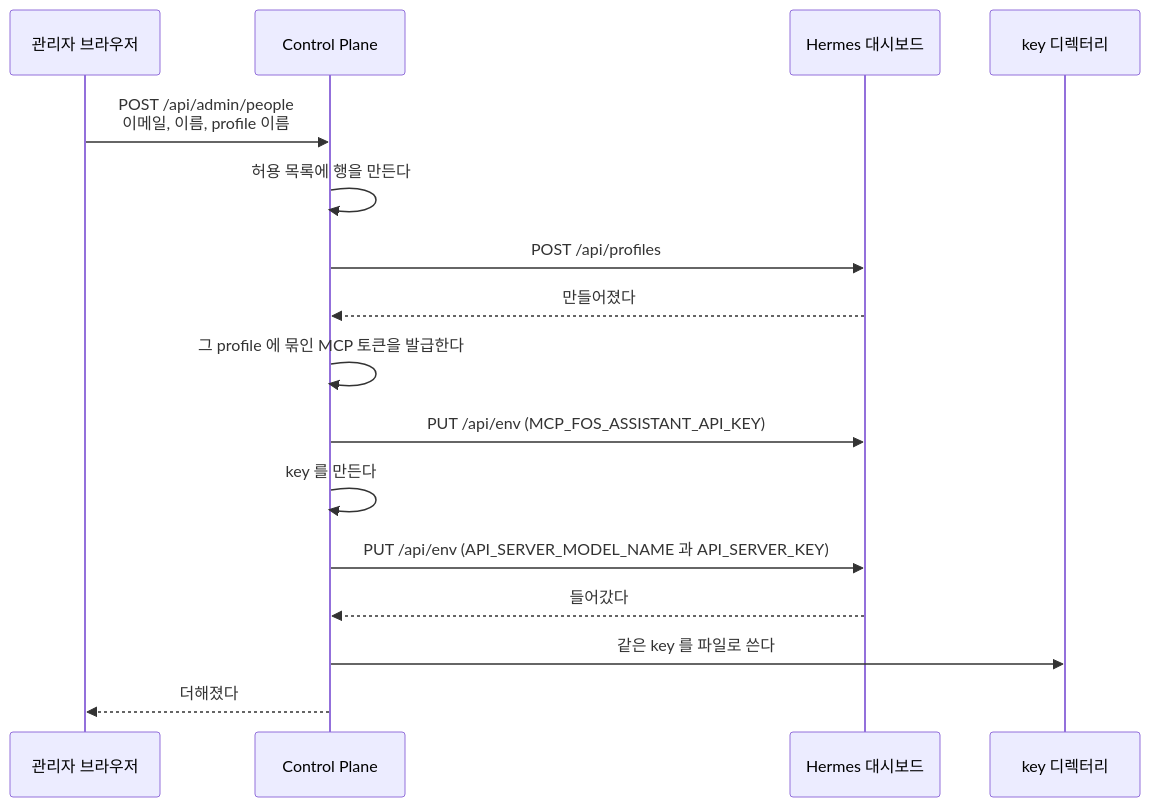
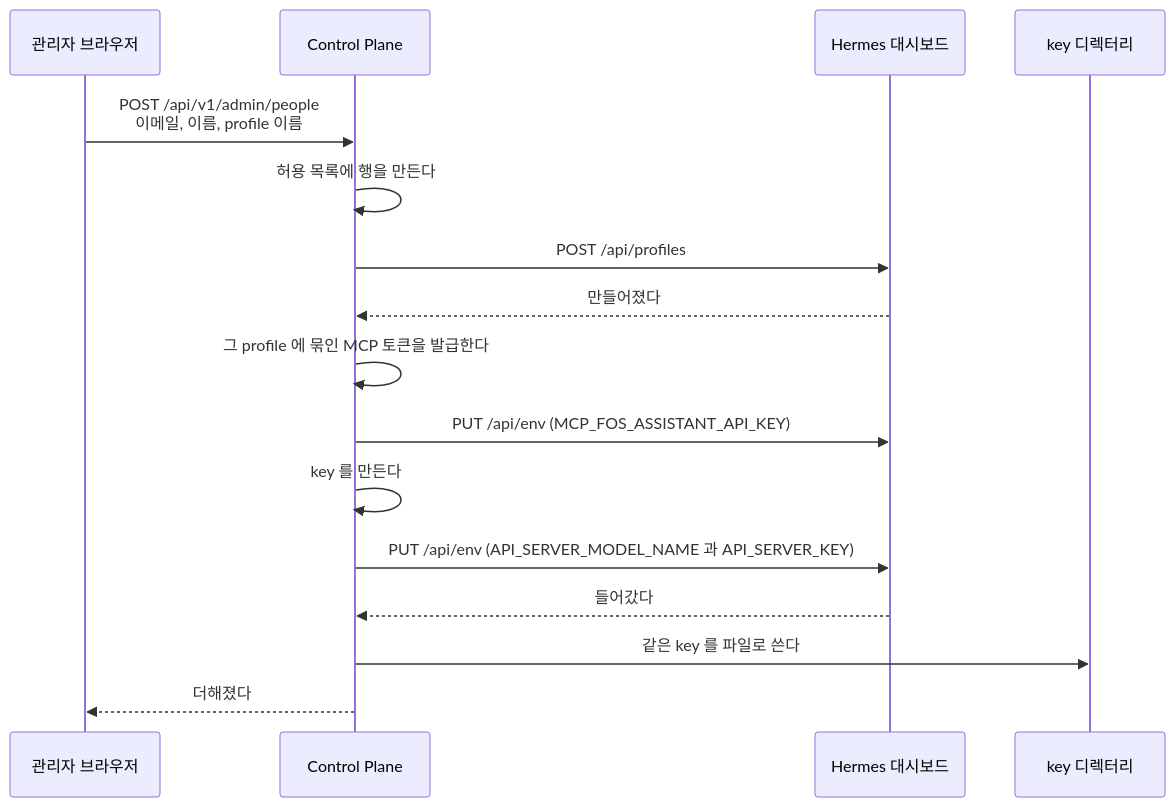
The first of 2 diagrams in docs/backend/people.md (jon890/fos-assistant), drawn with Mermaid before and after one commit. The commit also changed other lines of this file and 38 other files, not shown here.

````diff
--- a/docs/backend/people.md
+++ b/docs/backend/people.md
@@ -73,19 +73,19 @@
 ```mermaid
 sequenceDiagram
     participant A as 관리자 브라우저
     participant C as Control Plane
     participant D as Hermes 대시보드
     participant F as key 디렉터리
 
-    A->>C: POST /api/admin/people<br/>이메일, 이름, profile 이름
+    A->>C: POST /api/v1/admin/people<br/>이메일, 이름, profile 이름
     C->>C: 허용 목록에 행을 만든다
     C->>D: POST /api/profiles
     D-->>C: 만들어졌다
     C->>C: 그 profile 에 묶인 MCP 토큰을 발급한다
     C->>D: PUT /api/env (MCP_FOS_ASSISTANT_API_KEY)
     C->>C: key 를 만든다
     C->>D: PUT /api/env (API_SERVER_MODEL_NAME 과 API_SERVER_KEY)
     D-->>C: 들어갔다
     C->>F: 같은 key 를 파일로 쓴다
     C-->>A: 더해졌다
 ```
````
